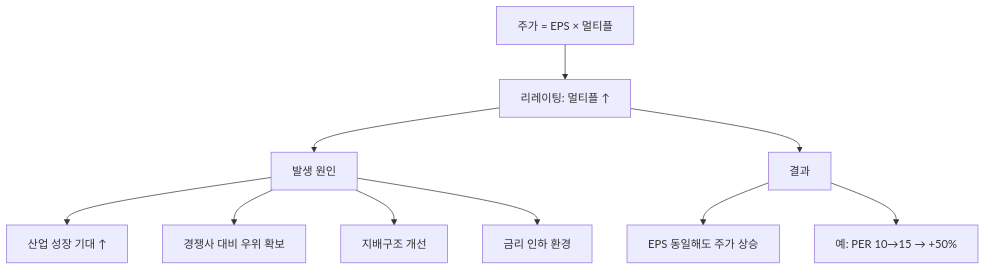
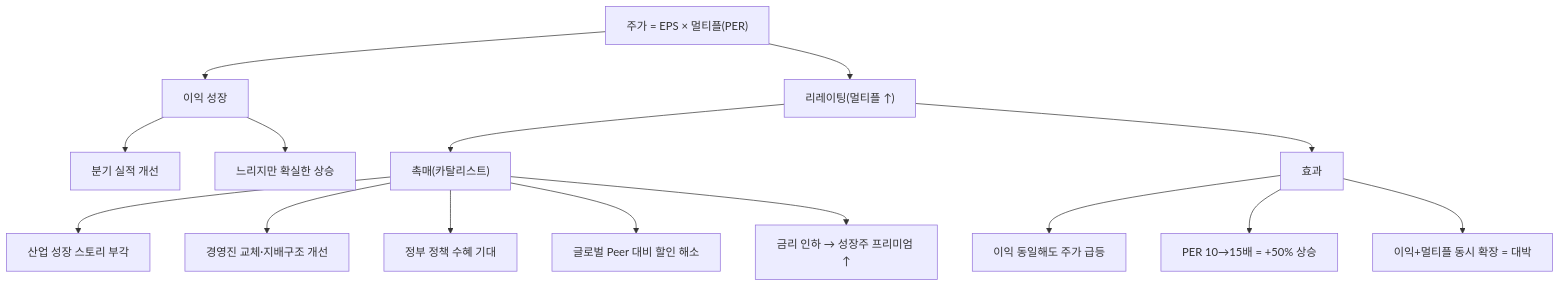
One commit to yeongseon/stock-visual-note changed the diagram in content/stock-terms/ko/level-05-valuation/rerating.md. Above: the diagram before and after it, drawn with Mermaid. The commit also changed other lines of this file, not shown here.

Commit message:
content: rewrite rerating.md — 그린에너지 시나리오, 13노드 Mermaid, 수익률 분해 추가

````diff
--- a/content/stock-terms/ko/level-05-valuation/rerating.md
+++ b/content/stock-terms/ko/level-05-valuation/rerating.md
@@ -39,13 +45,18 @@
 ```mermaid
 graph TD
-    A["주가 = EPS × 멀티플"]
-    A --> B["리레이팅: 멀티플 ↑"]
-    B --> C["발생 원인"]
-    B --> D["결과"]
-    C --> C1["산업 성장 기대 ↑"]
-    C --> C2["경쟁사 대비 우위 확보"]
-    C --> C3["지배구조 개선"]
-    C --> C4["금리 인하 환경"]
-    D --> D1["EPS 동일해도 주가 상승"]
-    D --> D2["예: PER 10→15 → +50%"]
+    A["주가 = EPS × 멀티플(PER)"]
+    A --> B["이익 성장"]
+    A --> C["리레이팅(멀티플 ↑)"]
+    B --> B1["분기 실적 개선"]
+    B --> B2["느리지만 확실한 상승"]
+    C --> D["촉매(카탈리스트)"]
+    D --> D1["산업 성장 스토리 부각"]
+    D --> D2["경영진 교체·지배구조 개선"]
+    D --> D3["정부 정책 수혜 기대"]
+    D --> D4["글로벌 Peer 대비 할인 해소"]
+    D --> D5["금리 인하 → 성장주 프리미엄 ↑"]
+    C --> E["효과"]
+    E --> E1["이익 동일해도 주가 급등"]
+    E --> E2["PER 10→15배 = +50% 상승"]
+    E --> E3["이익+멀티플 동시 확장 = 대박"]
 ```
````
